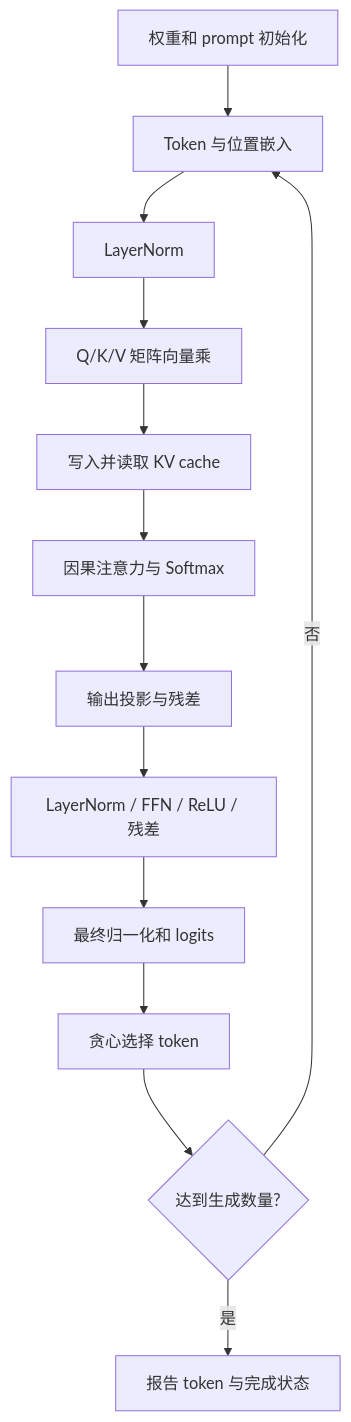
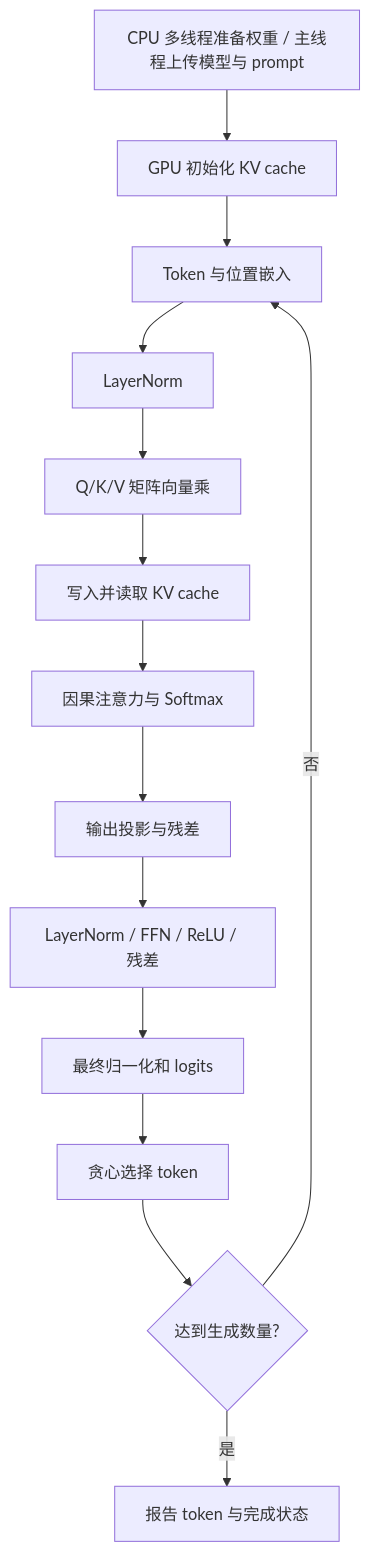
One commit to hy2581/vortex_StorageStacked changed the first of 2 diagrams in docs/03-LLM简要说明.md. Above: the diagram before and after it, drawn with Mermaid. The commit also changed other lines of this file and 84 other files, not shown here.

First line of the commit message:
Expose CPU and GPU programs and verify gem5 multicore execution

````diff
--- a/docs/03-LLM简要说明.md
+++ b/docs/03-LLM简要说明.md
@@ -34,15 +35,16 @@
 ```mermaid
 flowchart TD
-    A[权重和 prompt 初始化] --> B[Token 与位置嵌入]
+    A[CPU 多线程准备权重 / 主线程上传模型与 prompt] --> K0[GPU 初始化 KV cache]
+    K0 --> B[Token 与位置嵌入]
     B --> C[LayerNorm]
     C --> D[Q/K/V 矩阵向量乘]
     D --> E[写入并读取 KV cache]
     E --> F[因果注意力与 Softmax]
     F --> G[输出投影与残差]
     G --> H[LayerNorm / FFN / ReLU / 残差]
     H --> I[最终归一化和 logits]
     I --> J[贪心选择 token]
     J --> K{达到生成数量?}
     K -- 否 --> B
     K -- 是 --> L[报告 token 与完成状态]
 ```
````
